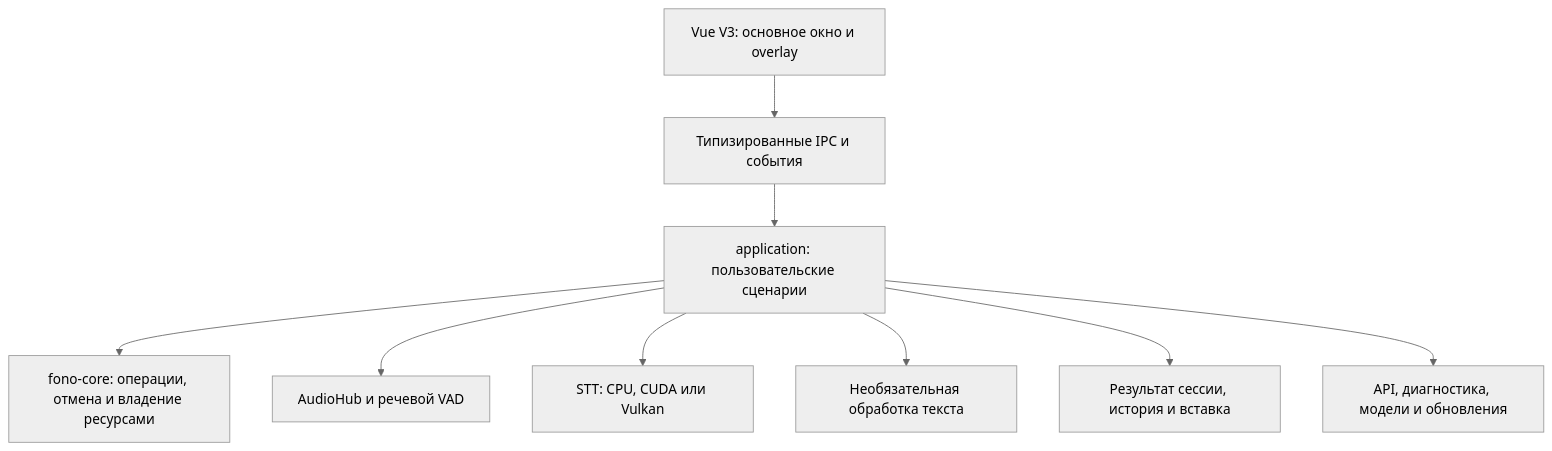
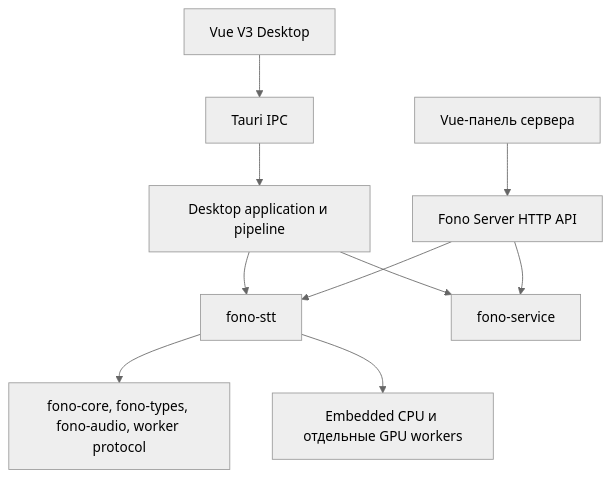
One commit to whitewolf06/Fono changed the diagram in docs/architecture.md. Above: the diagram before and after it, drawn with Mermaid (neutral theme). The commit also changed other lines of this file and 245 other files, not shown here.

````diff
--- a/docs/architecture.md
+++ b/docs/architecture.md
@@ -26,11 +30,12 @@
 ```mermaid
 flowchart TD
-    UI[Vue V3: основное окно и overlay] --> IPC[Типизированные IPC и события]
-    IPC --> APP[application: пользовательские сценарии]
-    APP --> CORE[fono-core: операции, отмена и владение ресурсами]
-    APP --> AUDIO[AudioHub и речевой VAD]
-    APP --> STT[STT: CPU, CUDA или Vulkan]
-    APP --> LLM[Необязательная обработка текста]
-    APP --> OUTPUT[Результат сессии, история и вставка]
-    APP --> SERVICES[API, диагностика, модели и обновления]
+    UI[Vue V3 Desktop] --> IPC[Tauri IPC]
+    IPC --> Desktop[Desktop application и pipeline]
+    Panel[Vue-панель сервера] --> Server[Fono Server HTTP API]
+    Desktop --> STT[fono-stt]
+    Desktop --> Service[fono-service]
+    Server --> Service
+    Server --> STT
+    STT --> Core[fono-core, fono-types, fono-audio, worker protocol]
+    STT --> Workers[Embedded CPU и отдельные GPU workers]
 ```
````
